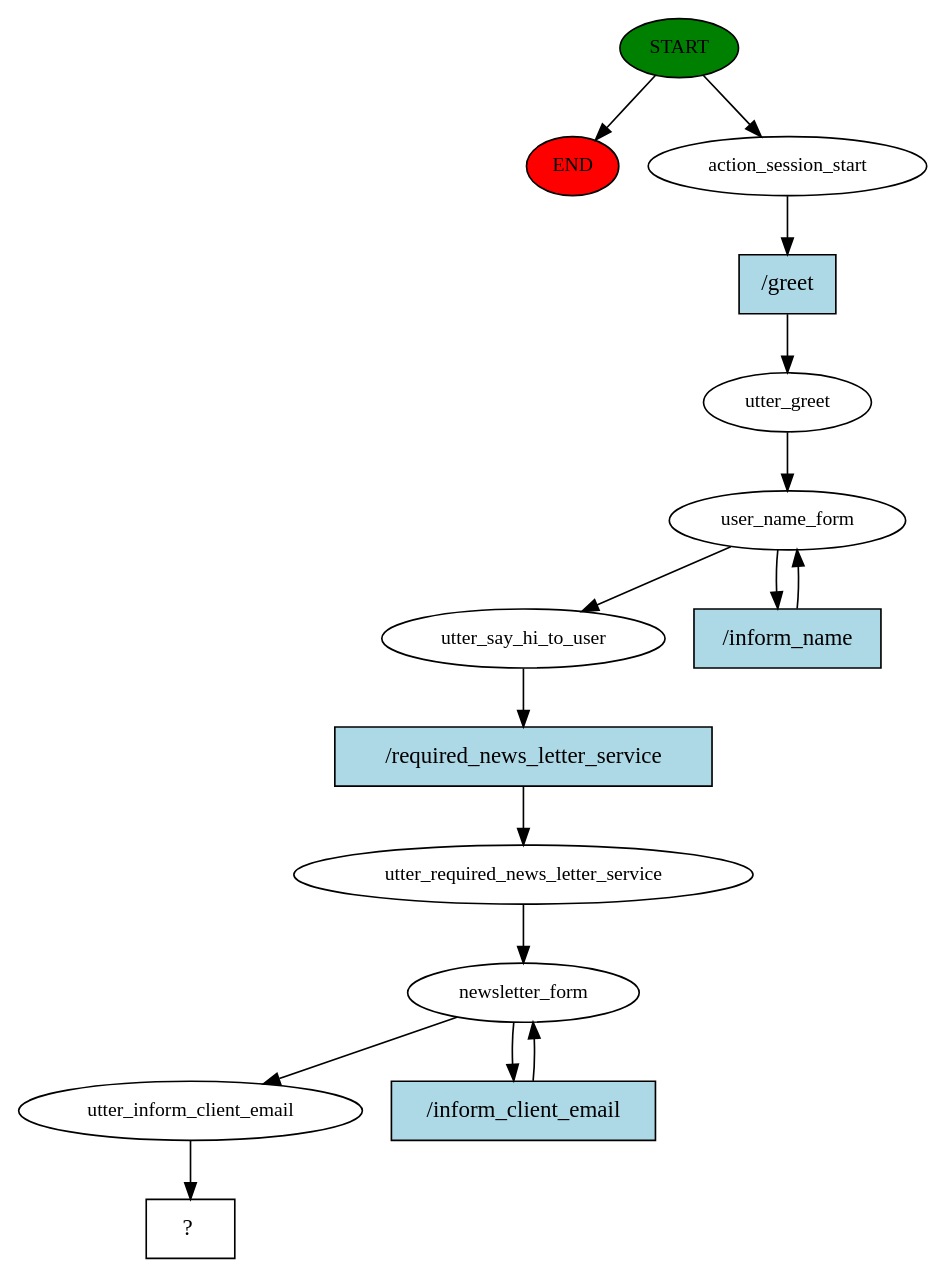
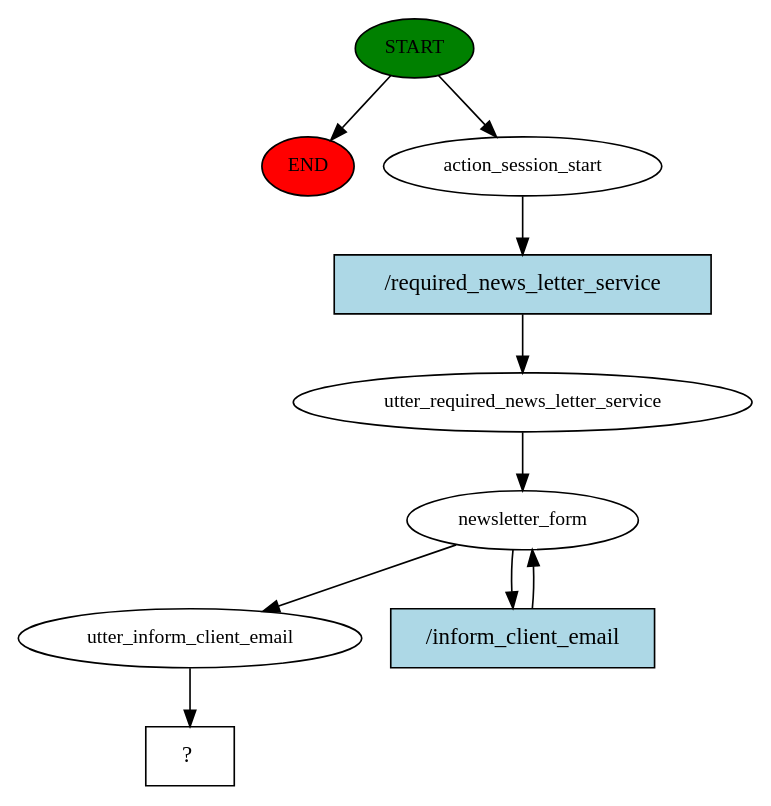
Before and after one commit to Chunshan-Theta/Mentor-MBTI: the diagram in newsletter/story_graph.dot, drawn with Graphviz. The commit also changed 5 other files, not shown here.

```diff
--- a/newsletter/story_graph.dot
+++ b/newsletter/story_graph.dot
@@ -1,31 +1,20 @@
 digraph  {
 0 [class="start active", fillcolor=green, fontsize=12, label=START, style=filled];
 "-1" [class=end, fillcolor=red, fontsize=12, label=END, style=filled];
 1 [class=active, fontsize=12, label=action_session_start];
-2 [class=active, fontsize=12, label=utter_greet];
-3 [class=active, fontsize=12, label=user_name_form];
-5 [class=active, fontsize=12, label=utter_say_hi_to_user];
-6 [class=active, fontsize=12, label=utter_required_news_letter_service];
-7 [class=active, fontsize=12, label=newsletter_form];
-9 [class=active, fontsize=12, label=utter_inform_client_email];
-10 [class="intent dashed active", label="  ?  ", shape=rect];
-11 [class="intent active", fillcolor=lightblue, label="/greet", shape=rect, style=filled];
-12 [class="intent active", fillcolor=lightblue, label="/inform_name", shape=rect, style=filled];
-13 [class="intent active", fillcolor=lightblue, label="/required_news_letter_service", shape=rect, style=filled];
-14 [class="intent active", fillcolor=lightblue, label="/inform_client_email", shape=rect, style=filled];
+2 [class=active, fontsize=12, label=utter_required_news_letter_service];
+3 [class=active, fontsize=12, label=newsletter_form];
+5 [class=active, fontsize=12, label=utter_inform_client_email];
+6 [class="intent dashed active", label="  ?  ", shape=rect];
+7 [class="intent active", fillcolor=lightblue, label="/required_news_letter_service", shape=rect, style=filled];
+8 [class="intent active", fillcolor=lightblue, label="/inform_client_email", shape=rect, style=filled];
 0 -> "-1"  [class="", key=NONE, label=""];
 0 -> 1  [class=active, key=NONE, label=""];
-1 -> 11  [class=active, key=0];
+1 -> 7  [class=active, key=0];
 2 -> 3  [class=active, key=NONE, label=""];
 3 -> 5  [class=active, key=NONE, label=""];
-3 -> 12  [class=active, key=0];
-5 -> 13  [class=active, key=0];
-6 -> 7  [class=active, key=NONE, label=""];
-7 -> 9  [class=active, key=NONE, label=""];
-7 -> 14  [class=active, key=0];
-9 -> 10  [class=active, key=NONE, label=""];
-11 -> 2  [class=active, key=0];
-12 -> 3  [class=active, key=0];
-13 -> 6  [class=active, key=0];
-14 -> 7  [class=active, key=0];
+3 -> 8  [class=active, key=0];
+5 -> 6  [class=active, key=NONE, label=""];
+7 -> 2  [class=active, key=0];
+8 -> 3  [class=active, key=0];
 }
```
